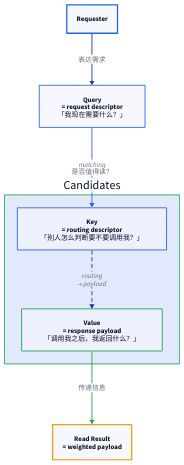
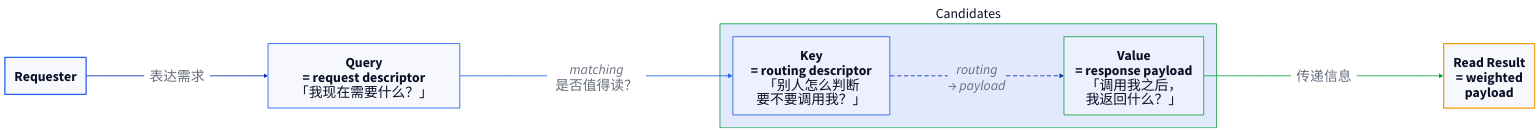
One commit to 111qqz/111qqz.github.io changed the diagram in images/single-head-attention-qkv/dynamic-read-roles.d2. Above: the diagram before and after it, drawn with D2. The commit also changed 3985 other files, not shown here.

Commit message:
style: 优化正文排版宽度与 D2 架构图布局 111qqz/hugo-blog@dbc9ecb476c778aaaccfd7bc04e79ccf6293b7cf

```diff
--- a/images/single-head-attention-qkv/dynamic-read-roles.d2
+++ b/images/single-head-attention-qkv/dynamic-read-roles.d2
@@ -1,42 +1,62 @@
-direction: down
+direction: right
+
+classes: {
+  big_text: {
+    style: {
+      font-size: 32
+    }
+  }
+}
 
 requester: "Requester" {
+  class: big_text
   style.bold: true
   style.stroke: "#2563eb"
   style.stroke-width: 3
 }
 
 query: "Query\n= request descriptor\n「我现在需要什么？」" {
+  class: big_text
   style.stroke: "#2563eb"
   style.stroke-width: 2
 }
 
 candidates: "Candidates" {
+  direction: down
+  class: big_text
   style.stroke: "#16a34a"
   style.stroke-width: 2
 
-  key: "Key\n= routing descriptor\n「别人怎么判断要不要调用我？」" {
+  key: "Key\n= routing descriptor\n「别人怎么判断\n要不要调用我？」" {
+    class: big_text
     style.stroke: "#2563eb"
   }
 
-  value: "Value\n= response payload\n「调用我之后，我返回什么？」" {
+  value: "Value\n= response payload\n「调用我之后，\n我返回什么？」" {
+    class: big_text
     style.stroke: "#16a34a"
   }
 }
 
-result: "Read Result\n= weighted payload" {
+result: "Read Result\n= weighted\npayload" {
+  class: big_text
   style.bold: true
   style.stroke: "#f59e0b"
   style.stroke-width: 3
 }
 
-requester -> query: "表达需求"
+requester -> query: "表达需求" {
+  style.font-size: 32
+}
 query -> candidates.key: "matching\n是否值得读？" {
+  style.font-size: 32
   style.stroke: "#2563eb"
 }
 candidates.key -> candidates.value: "routing\n→ payload" {
+  style.font-size: 32
   style.stroke-dash: 4
 }
 candidates.value -> result: "传递信息" {
+  style.font-size: 32
   style.stroke: "#16a34a"
 }
```
